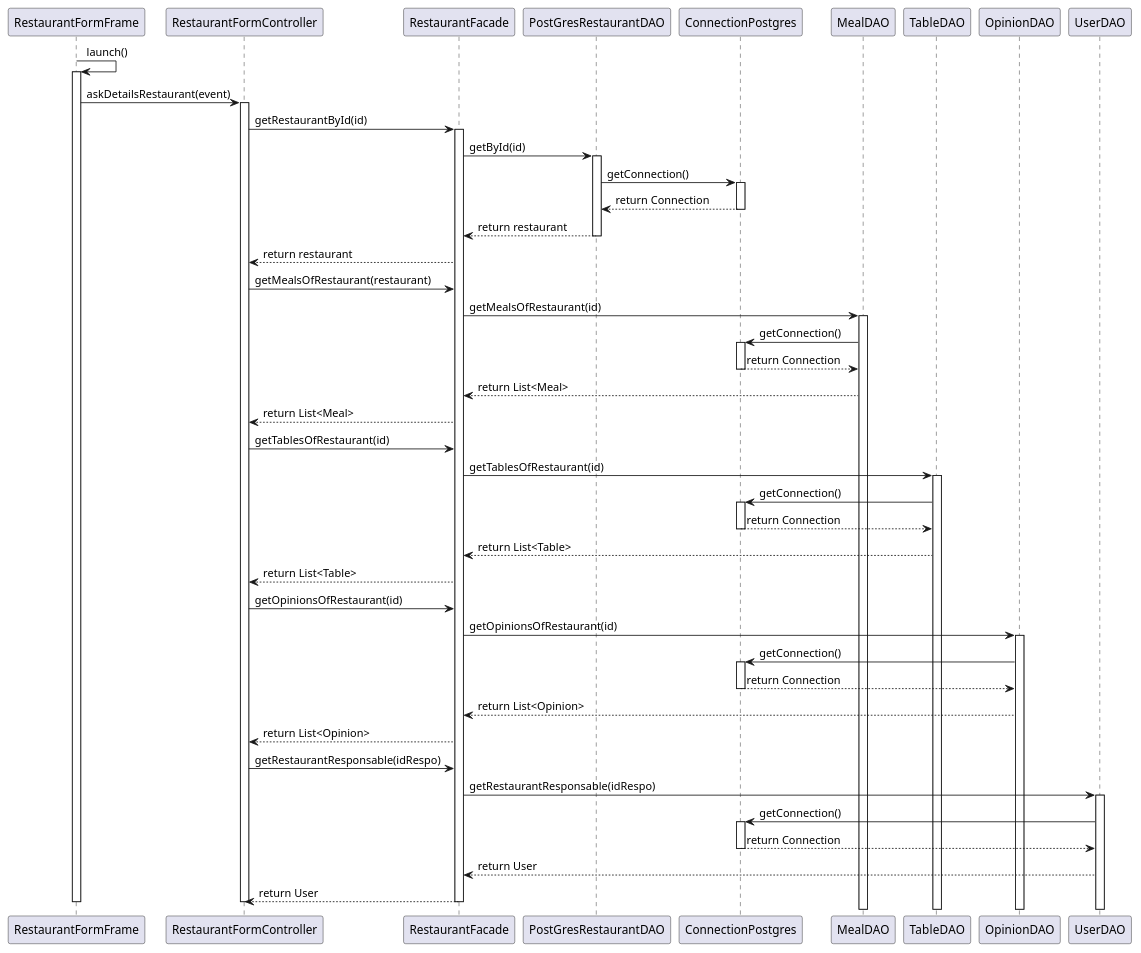
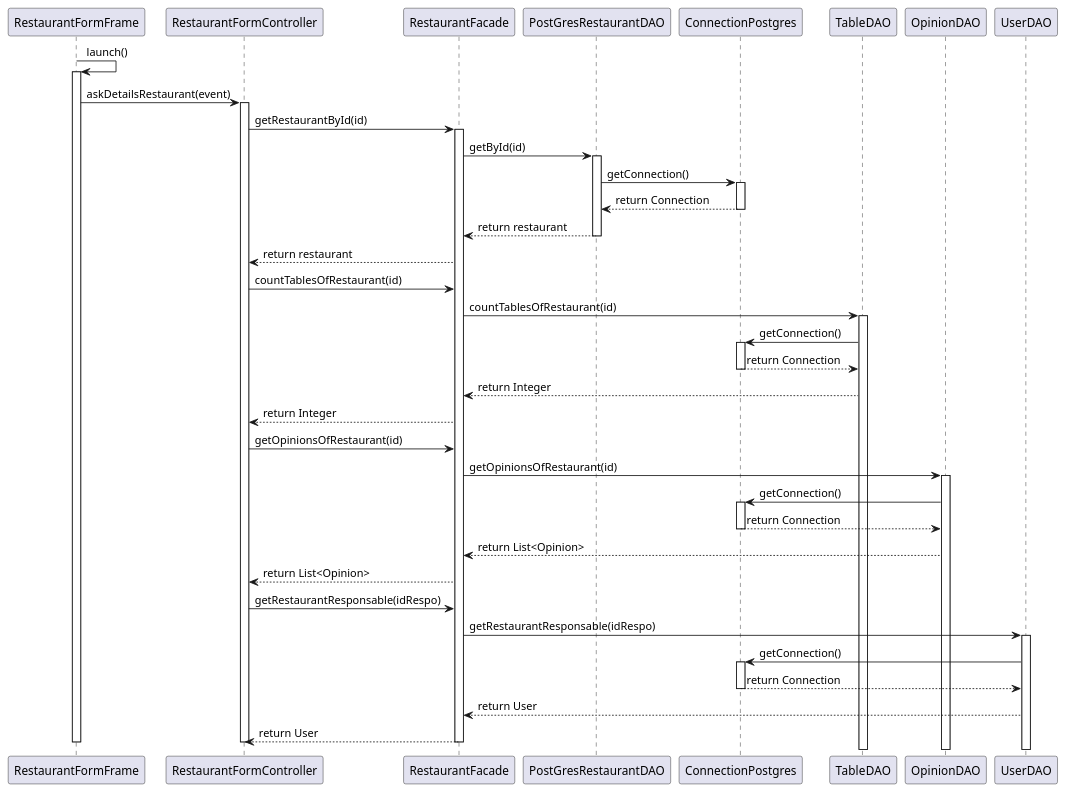
The diagram in diagrammes/Restaurant/sequence-askDetailsRestaurant.puml (thmsfnr/Simplify), drawn with PlantUML before and after one commit. The commit also changed 28 other files, not shown here.

```diff
--- a/diagrammes/Restaurant/sequence-askDetailsRestaurant.puml
+++ b/diagrammes/Restaurant/sequence-askDetailsRestaurant.puml
@@ -1,70 +1,62 @@
 @startuml askDetailsRestaurant
 
 RestaurantFormFrame -> RestaurantFormFrame : launch()
 activate RestaurantFormFrame
 
 RestaurantFormFrame -> RestaurantFormController : askDetailsRestaurant(event)
 activate RestaurantFormController
 
 RestaurantFormController -> RestaurantFacade : getRestaurantById(id)
 activate RestaurantFacade
 
 RestaurantFacade -> PostGresRestaurantDAO : getById(id)
 activate PostGresRestaurantDAO
 
 PostGresRestaurantDAO -> ConnectionPostgres : getConnection()
 activate ConnectionPostgres
 ConnectionPostgres --> PostGresRestaurantDAO : return Connection
 deactivate ConnectionPostgres
 PostGresRestaurantDAO --> RestaurantFacade : return restaurant
 deactivate PostGresRestaurantDAO
 RestaurantFacade --> RestaurantFormController : return restaurant
 
-RestaurantFormController -> RestaurantFacade : getMealsOfRestaurant(restaurant)
-RestaurantFacade -> MealDAO : getMealsOfRestaurant(id)
-activate MealDAO
-MealDAO -> ConnectionPostgres : getConnection()
-activate ConnectionPostgres
-ConnectionPostgres --> MealDAO : return Connection
-deactivate ConnectionPostgres
-MealDAO --> RestaurantFacade : return List<Meal>
-RestaurantFacade --> RestaurantFormController : return List<Meal>
 
-RestaurantFormController -> RestaurantFacade : getTablesOfRestaurant(id)
-RestaurantFacade -> TableDAO : getTablesOfRestaurant(id)
+
+RestaurantFormController -> RestaurantFacade : countTablesOfRestaurant(id)
+RestaurantFacade -> TableDAO : countTablesOfRestaurant(id)
 activate TableDAO
 TableDAO -> ConnectionPostgres : getConnection()
 activate ConnectionPostgres
 ConnectionPostgres --> TableDAO : return Connection
 deactivate ConnectionPostgres
-TableDAO --> RestaurantFacade : return List<Table>
-RestaurantFacade --> RestaurantFormController : return List<Table>
+TableDAO --> RestaurantFacade : return Integer
+RestaurantFacade --> RestaurantFormController : return Integer
 
 RestaurantFormController -> RestaurantFacade : getOpinionsOfRestaurant(id)
 RestaurantFacade -> OpinionDAO : getOpinionsOfRestaurant(id)
 activate OpinionDAO
 OpinionDAO -> ConnectionPostgres : getConnection()
 activate ConnectionPostgres
 ConnectionPostgres --> OpinionDAO : return Connection
 deactivate ConnectionPostgres
 OpinionDAO --> RestaurantFacade : return List<Opinion>
 RestaurantFacade --> RestaurantFormController : return List<Opinion>
 
 RestaurantFormController -> RestaurantFacade : getRestaurantResponsable(idRespo)
 RestaurantFacade -> UserDAO : getRestaurantResponsable(idRespo)
 activate UserDAO
 UserDAO -> ConnectionPostgres : getConnection()
 activate ConnectionPostgres
 ConnectionPostgres --> UserDAO : return Connection
 deactivate ConnectionPostgres
 UserDAO --> RestaurantFacade : return User
 RestaurantFacade --> RestaurantFormController : return User
 
 
 
 deactivate RestaurantFacade
 
 deactivate RestaurantFormController
 deactivate  RestaurantFormFrame
 
 @enduml
```
